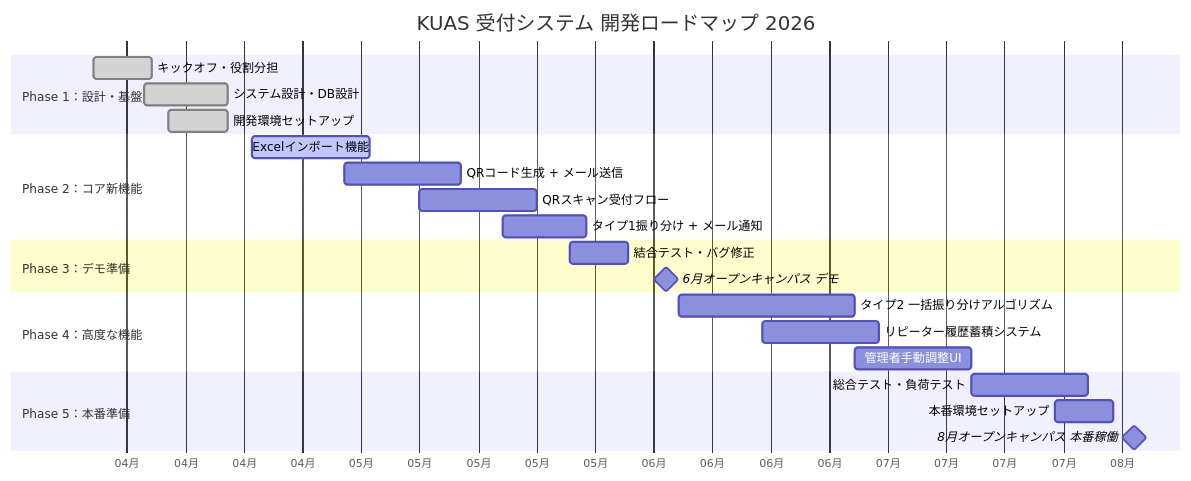
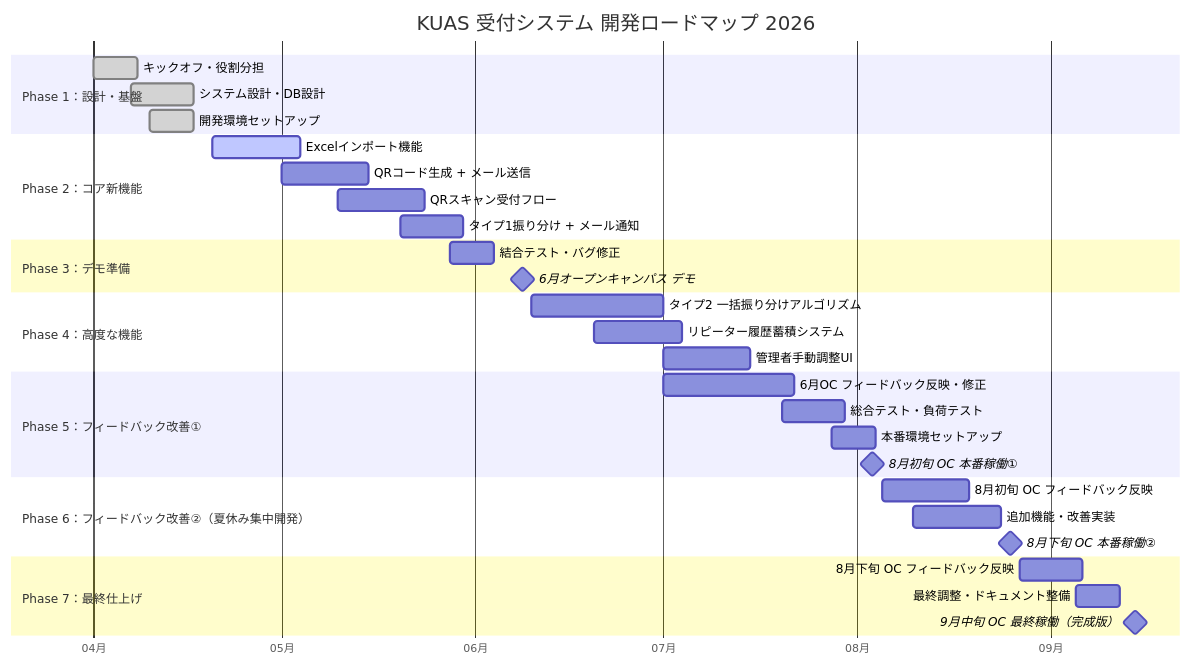
One commit to lingmulongtai/KUAS-reception changed the eighth of 11 diagrams in docs/cornerstone-proposal.md. Above: the diagram before and after it, drawn with Mermaid. The commit also changed other lines of this file, not shown here.

Commit message:
docs: expand development schedule through September 2026
- Split Phase 5 into three feedback-driven phases (5/6/7)
- Add July as feedback & fix period after June OC demo
- Add two August OC milestones (early Aug and late Aug production runs)
- Add September mid-month OC as the final completion target
- Note summer vacation as a concentrated development window
- Add schedule summary table with phase descriptions
- Mention March 2027 as next OC cycle for future improvements

https://claude.ai/code/session_01WmHyEWJmQZ6G5TGm2afESU

````diff
--- a/docs/cornerstone-proposal.md
+++ b/docs/cornerstone-proposal.md
@@ -444,31 +444,42 @@
 ```mermaid
 gantt
     title KUAS 受付システム 開発ロードマップ 2026
     dateFormat  YYYY-MM-DD
     axisFormat  %m月
 
     section Phase 1：設計・基盤
     キックオフ・役割分担          :done,    p1a, 2026-04-01, 7d
     システム設計・DB設計          :done,    p1b, 2026-04-07, 10d
     開発環境セットアップ          :done,    p1c, 2026-04-10, 7d
 
     section Phase 2：コア新機能
     Excelインポート機能           :active,  p2a, 2026-04-20, 14d
     QRコード生成 + メール送信     :         p2b, 2026-05-01, 14d
     QRスキャン受付フロー          :         p2c, 2026-05-10, 14d
     タイプ1振り分け + メール通知  :         p2d, 2026-05-20, 10d
 
     section Phase 3：デモ準備
     結合テスト・バグ修正          :         p3a, 2026-05-28, 7d
     6月オープンキャンパス デモ    :milestone, m1, 2026-06-08, 1d
 
     section Phase 4：高度な機能
     タイプ2 一括振り分けアルゴリズム :      p4a, 2026-06-10, 21d
     リピーター履歴蓄積システム    :         p4b, 2026-06-20, 14d
     管理者手動調整UI              :         p4c, 2026-07-01, 14d
 
-    section Phase 5：本番準備
-    総合テスト・負荷テスト        :         p5a, 2026-07-15, 14d
-    本番環境セットアップ          :         p5b, 2026-07-25, 7d
-    8月オープンキャンパス 本番稼働 :milestone, m2, 2026-08-03, 1d
+    section Phase 5：フィードバック改善①
+    6月OC フィードバック反映・修正 :         p5a, 2026-07-01, 21d
+    総合テスト・負荷テスト        :         p5b, 2026-07-20, 10d
+    本番環境セットアップ          :         p5c, 2026-07-28, 7d
+    8月初旬 OC 本番稼働①         :milestone, m2, 2026-08-03, 1d
+
+    section Phase 6：フィードバック改善②（夏休み集中開発）
+    8月初旬 OC フィードバック反映 :         p6a, 2026-08-05, 14d
+    追加機能・改善実装            :         p6b, 2026-08-10, 14d
+    8月下旬 OC 本番稼働②         :milestone, m3, 2026-08-25, 1d
+
+    section Phase 7：最終仕上げ
+    8月下旬 OC フィードバック反映 :         p7a, 2026-08-27, 10d
+    最終調整・ドキュメント整備    :         p7b, 2026-09-05, 7d
+    9月中旬 OC 最終稼働（完成版） :milestone, m4, 2026-09-14, 1d
 ```
````
